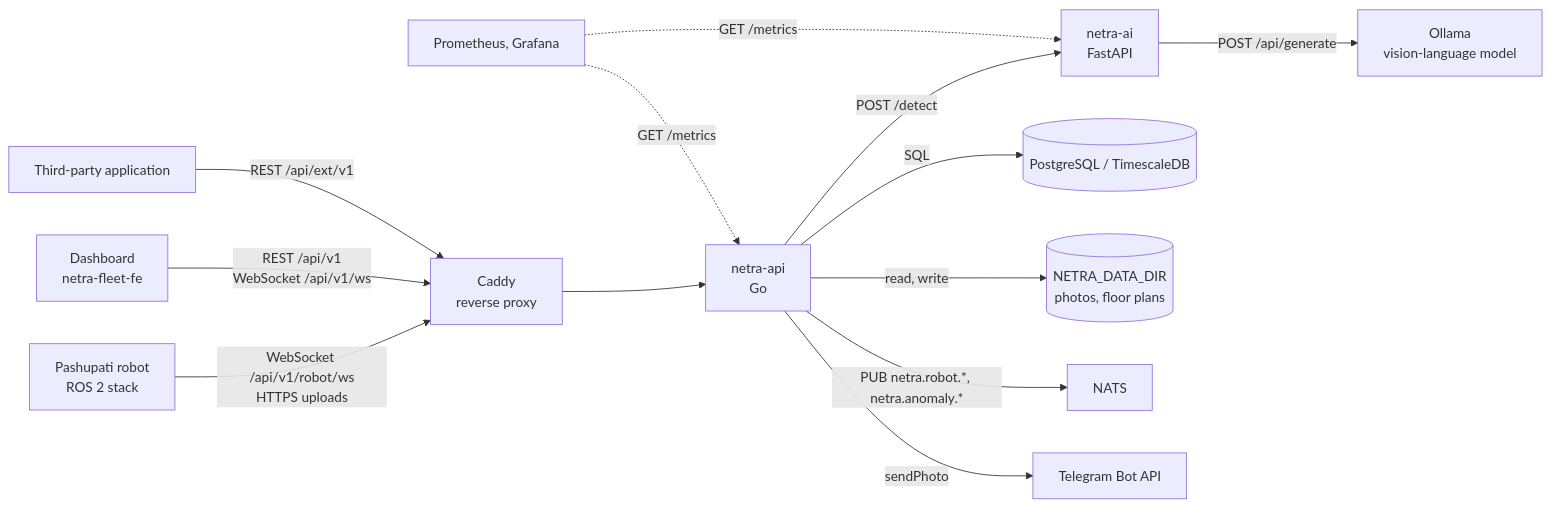
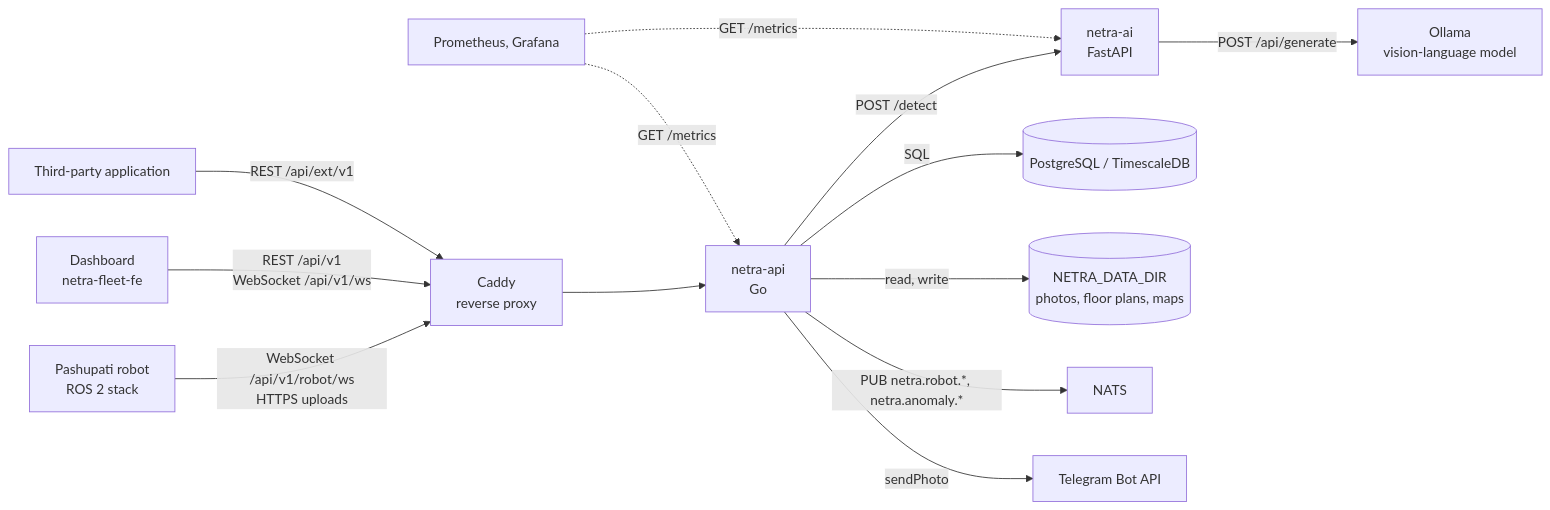
The first of 4 diagrams in docs/architecture.md (DarmawanWeb/netra-fleet-be), drawn with Mermaid before and after one commit. The commit also changed other lines of this file and 6 other files, not shown here.

````diff
--- a/docs/architecture.md
+++ b/docs/architecture.md
@@ -24,28 +24,28 @@
 ```mermaid
 flowchart LR
     robot["Pashupati robot<br/>ROS 2 stack"]
     dash["Dashboard<br/>netra-fleet-fe"]
     partner["Third-party application"]
     proxy["Caddy<br/>reverse proxy"]
     api["netra-api<br/>Go"]
     ai["netra-ai<br/>FastAPI"]
     ollama["Ollama<br/>vision-language model"]
     db[("PostgreSQL / TimescaleDB")]
-    files[("NETRA_DATA_DIR<br/>photos, floor plans")]
+    files[("NETRA_DATA_DIR<br/>photos, floor plans, maps")]
     nats["NATS"]
     tg["Telegram Bot API"]
     prom["Prometheus, Grafana"]
 
     robot -->|"WebSocket /api/v1/robot/ws<br/>HTTPS uploads"| proxy
     dash -->|"REST /api/v1<br/>WebSocket /api/v1/ws"| proxy
     partner -->|"REST /api/ext/v1"| proxy
     proxy --> api
     api -->|"SQL"| db
     api -->|"read, write"| files
     api -->|"POST /detect"| ai
     ai -->|"POST /api/generate"| ollama
     api -->|"PUB netra.robot.*, netra.anomaly.*"| nats
     api -->|"sendPhoto"| tg
     prom -.->|"GET /metrics"| api
     prom -.->|"GET /metrics"| ai
 ```
````
